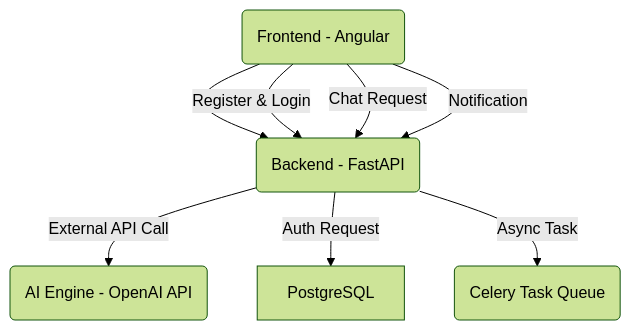
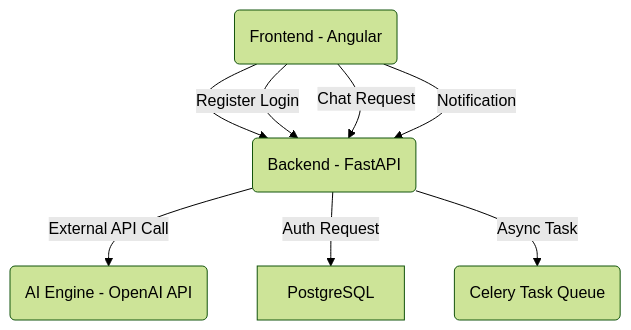
One commit to Joy-Ese/JayBank-Support-App changed the diagram in mermaid.md. Above: the diagram before and after it, drawn with Mermaid (forest theme).

````diff
--- a/mermaid.md
+++ b/mermaid.md
@@ -2,10 +2,10 @@
 ``` mermaid
 flowchart TD;
     FE("Frontend - Angular") --> BE("Backend - FastAPI")
     BE -->|External API Call| AI("AI Engine - OpenAI API")
-    FE -->|Register & Login| BE
+    FE -->|Register Login| BE
     FE -->|Chat Request| BE
     FE -->|Notification| BE
     BE -->|Auth Request| Database["PostgreSQL"]
     BE -->|Async Task| Queue("Celery Task Queue")
 ```
````
